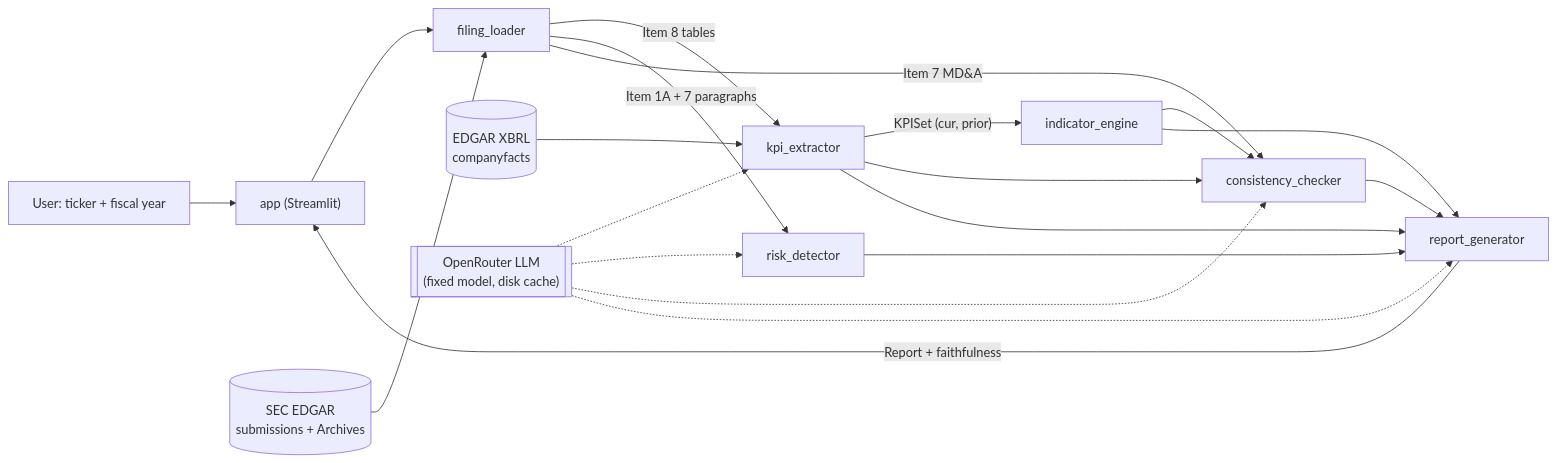
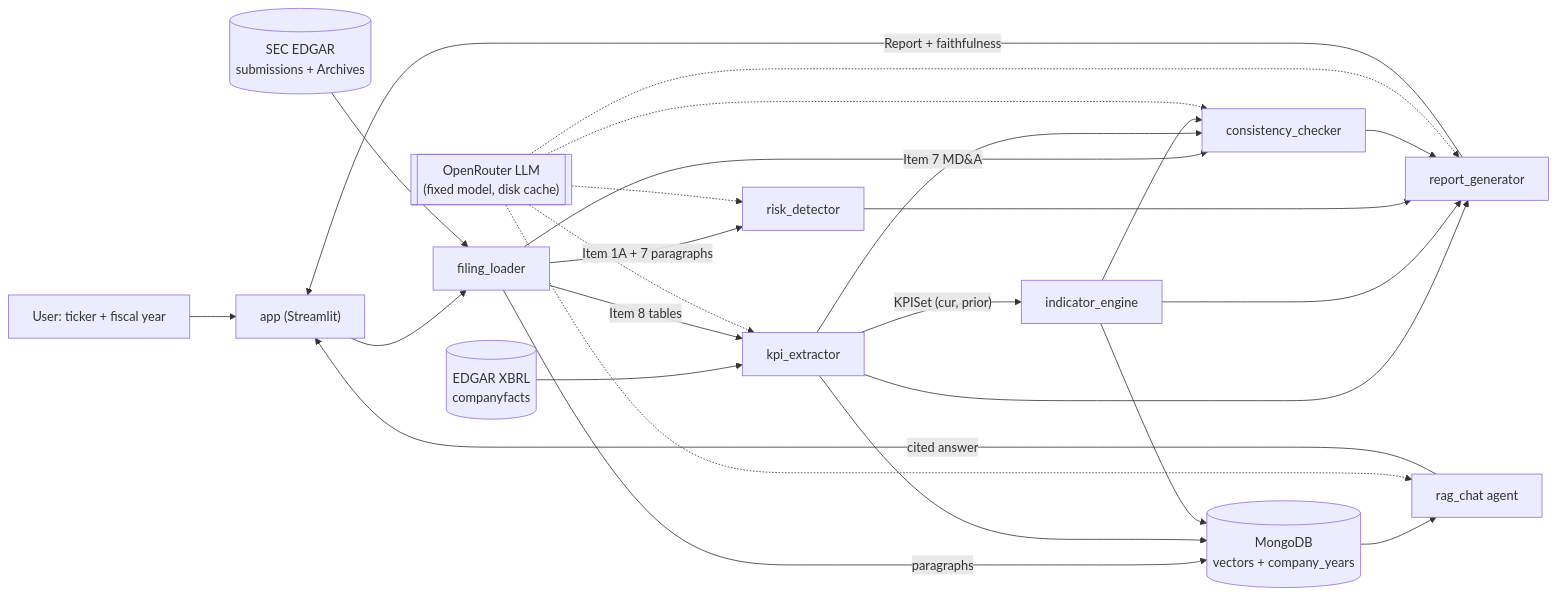
One commit to irasvyrydenko/audit-agent changed the diagram in docs/architecture.md. Above: the diagram before and after it, drawn with Mermaid. The commit also changed other lines of this file and 32 other files, not shown here.

First line of the commit message:
Add rag_chat: RAG over 10-K with MongoDB Vector Search and LangGraph agent

````diff
--- a/docs/architecture.md
+++ b/docs/architecture.md
@@ -5,22 +5,28 @@
 ```mermaid
 flowchart LR
     U["User: ticker + fiscal year"] --> APP["app (Streamlit)"]
     APP --> FL[filing_loader]
     EDGAR[("SEC EDGAR<br/>submissions + Archives")] --> FL
     XBRL[("EDGAR XBRL<br/>companyfacts")] --> KPI
     FL -->|"Item 8 tables"| KPI[kpi_extractor]
     KPI -->|"KPISet (cur, prior)"| IND[indicator_engine]
     FL -->|"Item 1A + 7 paragraphs"| RISK[risk_detector]
     FL -->|"Item 7 MD&A"| CC[consistency_checker]
     KPI --> CC
     IND --> CC
     KPI --> RG[report_generator]
     IND --> RG
     RISK --> RG
     CC --> RG
     RG -->|"Report + faithfulness"| APP
     LLM[["OpenRouter LLM<br/>(fixed model, disk cache)"]] -.-> KPI
     LLM -.-> RISK
     LLM -.-> CC
     LLM -.-> RG
+    FL -->|"paragraphs"| IDX[("MongoDB<br/>vectors + company_years")]
+    KPI --> IDX
+    IND --> IDX
+    IDX --> CHAT[rag_chat agent]
+    CHAT -->|"cited answer"| APP
+    LLM -.-> CHAT
 ```
````
